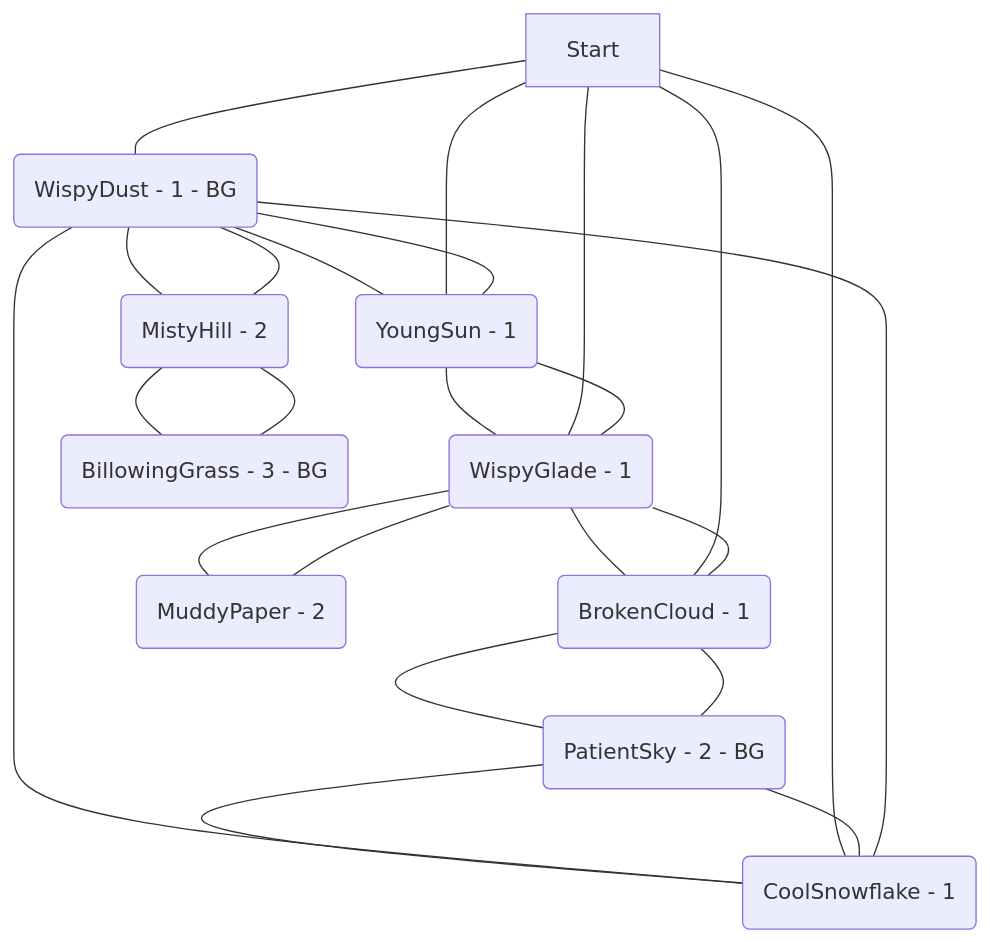
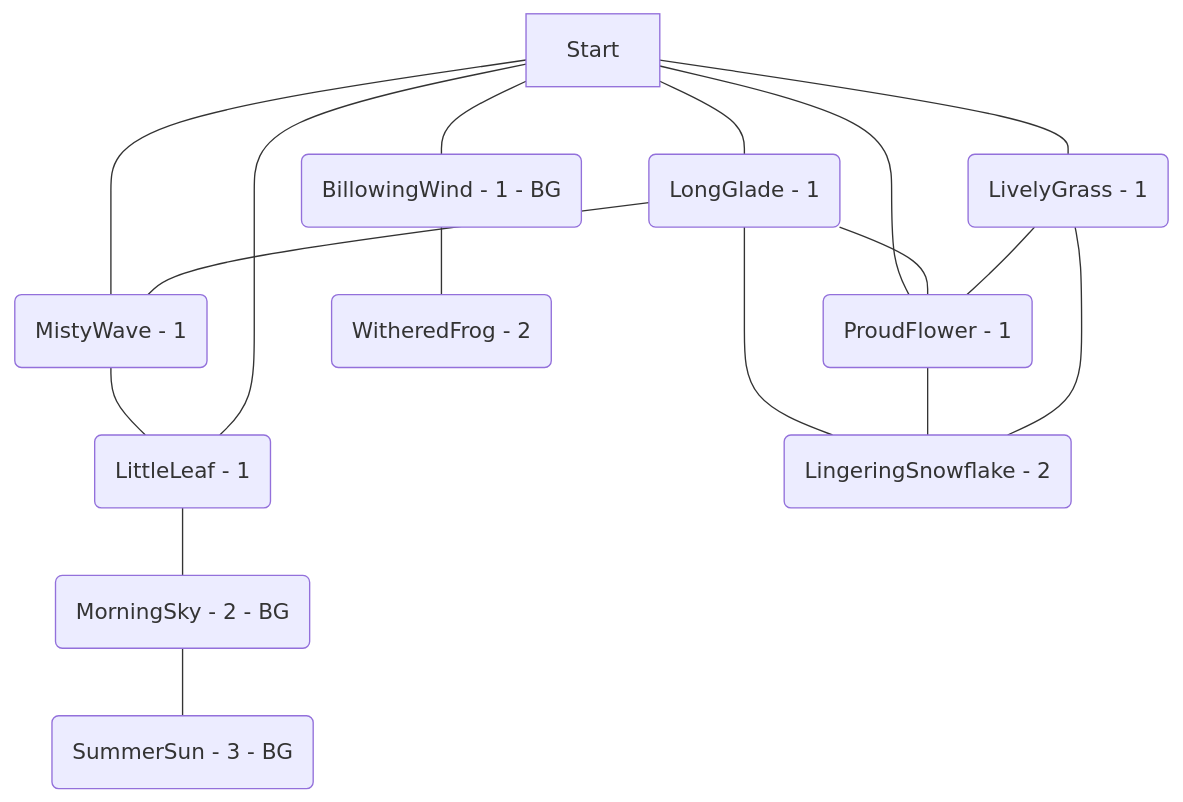
The diagram in examples/005.md (kinostl/Automatic-Liberation-Map), drawn with Mermaid before and after one commit. The commit also changed other lines of this file and 9 other files, not shown here.

````diff
--- a/examples/005.md
+++ b/examples/005.md
@@ -4,26 +4,19 @@
 ```mermaid  
 flowchart TD  
-	ejLCMfNI(WispyDust - 1 - BG) --- qZpWEYzI(MistyHill - 2)  
-	yYSNVEsi(YoungSun - 1) --- ejLCMfNI(WispyDust - 1 - BG)  
-	lafugJCV(PatientSky - 2 - BG) --- gGkqixXP(BrokenCloud - 1)  
-	gGkqixXP(BrokenCloud - 1) --- ibCTxFeJ(WispyGlade - 1)  
-	KHyvbLDg(BillowingGrass - 3 - BG) --- qZpWEYzI(MistyHill - 2)  
-	gGkqixXP(BrokenCloud - 1) --- lafugJCV(PatientSky - 2 - BG)  
-	ceStgMoV(CoolSnowflake - 1) --- lafugJCV(PatientSky - 2 - BG)  
-	ceStgMoV(CoolSnowflake - 1) --- ejLCMfNI(WispyDust - 1 - BG)  
-	lafugJCV(PatientSky - 2 - BG) --- ceStgMoV(CoolSnowflake - 1)  
-	ejLCMfNI(WispyDust - 1 - BG) --- yYSNVEsi(YoungSun - 1)  
-	ibCTxFeJ(WispyGlade - 1) --- yYSNVEsi(YoungSun - 1)  
-	ibCTxFeJ(WispyGlade - 1) --- RzpGiBTU(MuddyPaper - 2)  
-	RzpGiBTU(MuddyPaper - 2) --- ibCTxFeJ(WispyGlade - 1)  
-	Start --- yYSNVEsi(YoungSun - 1)  
-	qZpWEYzI(MistyHill - 2) --- ejLCMfNI(WispyDust - 1 - BG)  
-	yYSNVEsi(YoungSun - 1) --- ibCTxFeJ(WispyGlade - 1)  
-	Start --- ibCTxFeJ(WispyGlade - 1)  
-	ibCTxFeJ(WispyGlade - 1) --- gGkqixXP(BrokenCloud - 1)  
-	Start --- gGkqixXP(BrokenCloud - 1)  
-	qZpWEYzI(MistyHill - 2) --- KHyvbLDg(BillowingGrass - 3 - BG)  
-	ejLCMfNI(WispyDust - 1 - BG) --- ceStgMoV(CoolSnowflake - 1)  
-	Start --- ceStgMoV(CoolSnowflake - 1)  
-	Start --- ejLCMfNI(WispyDust - 1 - BG)  
+	Start --- qflkvwDn(LittleLeaf - 1)  
+	QsWDOdic(LivelyGrass - 1) --- rXcQHZtM(ProudFlower - 1)  
+	Start --- QsWDOdic(LivelyGrass - 1)  
+	nwUHPGcR(LongGlade - 1) --- AMnbJsFR(MistyWave - 1)  
+	qflkvwDn(LittleLeaf - 1) --- GqZuHSwe(MorningSky - 2 - BG)  
+	Start --- nwUHPGcR(LongGlade - 1)  
+	GqZuHSwe(MorningSky - 2 - BG) --- thqXegsL(SummerSun - 3 - BG)  
+	nwUHPGcR(LongGlade - 1) --- rXcQHZtM(ProudFlower - 1)  
+	Start --- MceytTRh(BillowingWind - 1 - BG)  
+	Start --- rXcQHZtM(ProudFlower - 1)  
+	QsWDOdic(LivelyGrass - 1) --- XyiQwCBT(LingeringSnowflake - 2)  
+	rXcQHZtM(ProudFlower - 1) --- XyiQwCBT(LingeringSnowflake - 2)  
+	AMnbJsFR(MistyWave - 1) --- qflkvwDn(LittleLeaf - 1)  
+	nwUHPGcR(LongGlade - 1) --- XyiQwCBT(LingeringSnowflake - 2)  
+	MceytTRh(BillowingWind - 1 - BG) --- EuIWNPtD(WitheredFrog - 2)  
+	Start --- AMnbJsFR(MistyWave - 1)  
 ```  
````
